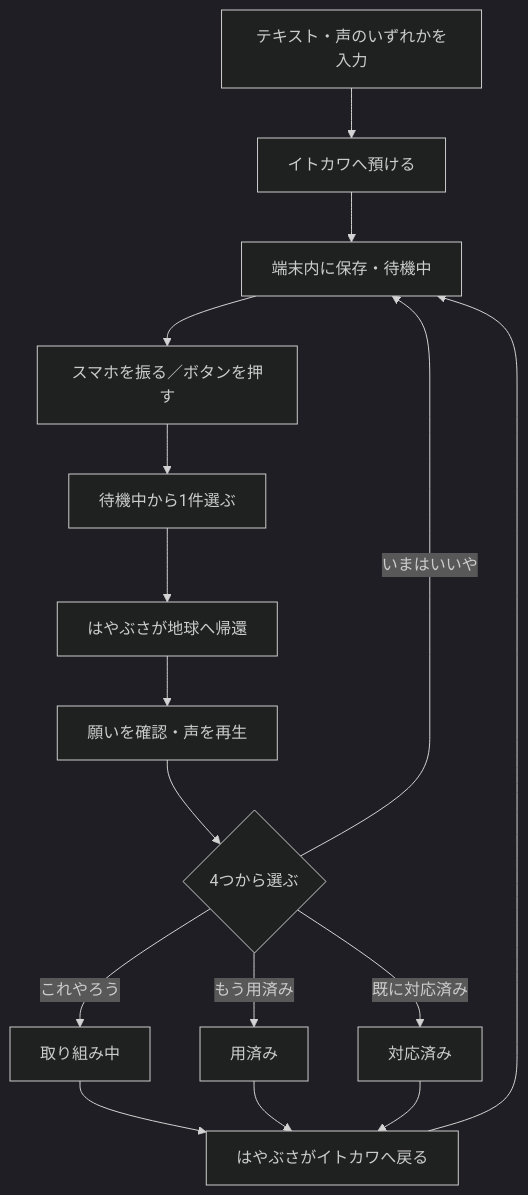
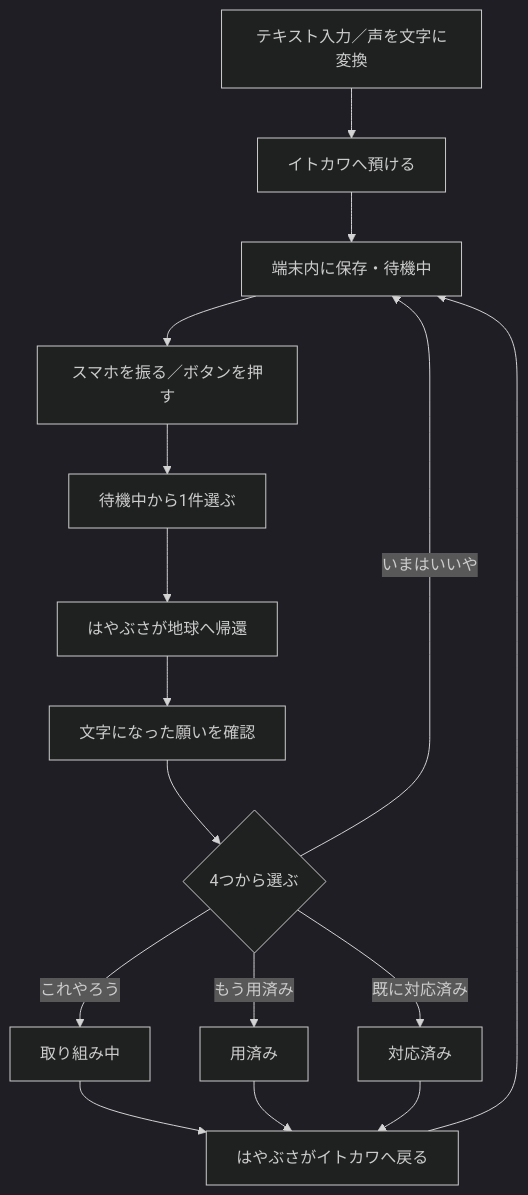
The diagram in docs/処理フロー.md (mai-san447/hello-earth-25143), drawn with Mermaid (dark theme) before and after one commit. The commit also changed other lines of this file, not shown here.

````diff
--- a/docs/処理フロー.md
+++ b/docs/処理フロー.md
@@ -5,18 +5,18 @@
 ```mermaid
 flowchart TD
-    A["テキスト・声のいずれかを入力"] --> B["イトカワへ預ける"]
+    A["テキスト入力／声を文字に変換"] --> B["イトカワへ預ける"]
     B --> C["端末内に保存・待機中"]
     C --> D["スマホを振る／ボタンを押す"]
     D --> E["待機中から1件選ぶ"]
     E --> F["はやぶさが地球へ帰還"]
-    F --> G["願いを確認・声を再生"]
+    F --> G["文字になった願いを確認"]
     G --> H{"4つから選ぶ"}
     H -->|これやろう| I["取り組み中"]
     H -->|いまはいいや| C
     H -->|もう用済み| J["用済み"]
     H -->|既に対応済み| K["対応済み"]
     I --> L["はやぶさがイトカワへ戻る"]
     J --> L
     K --> L
     L --> C
 ```
````
